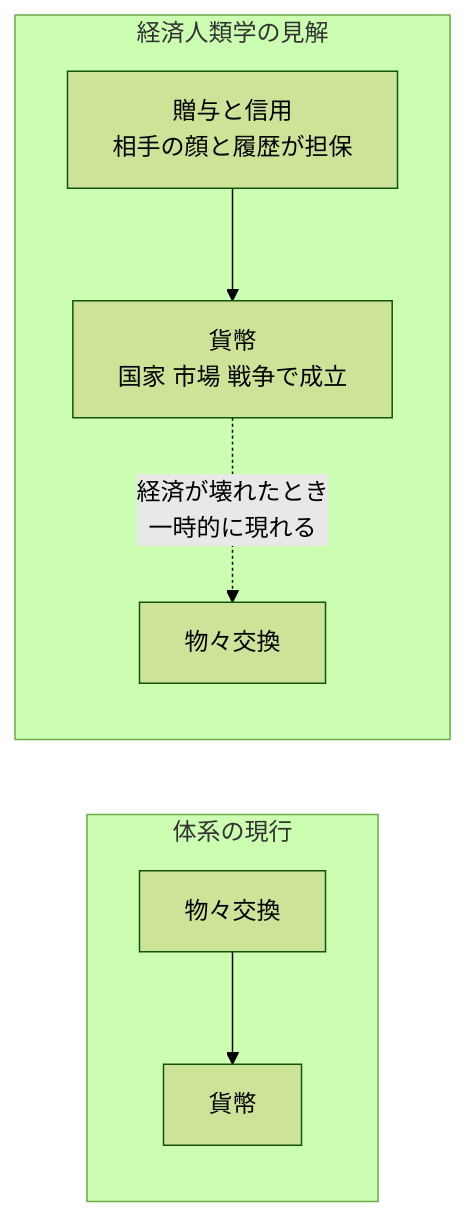
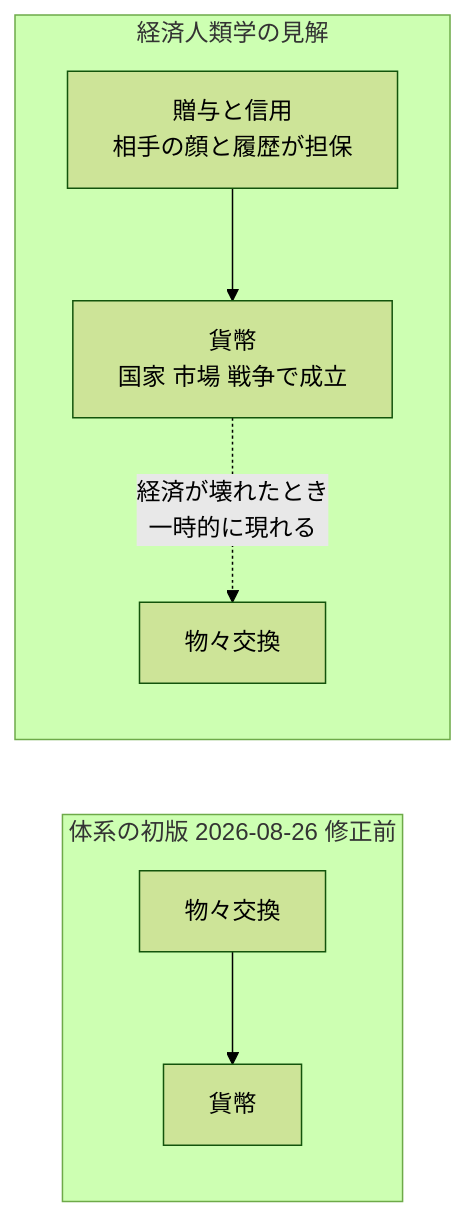
The second of 3 diagrams in docs/specs/income-taxonomy/related-fields.md (akiraak/ai-income-lab), drawn with Mermaid (forest theme) before and after one commit. The commit also changed other lines of this file and 15 other files, not shown here.

````diff
--- a/docs/specs/income-taxonomy/related-fields.md
+++ b/docs/specs/income-taxonomy/related-fields.md
@@ -154,10 +156,10 @@
 ```mermaid
 flowchart LR
-  subgraph NOW["体系の現行"]
+  subgraph NOW["体系の初版 2026-08-26 修正前"]
     N1["物々交換"] --> N2["貨幣"]
   end
   subgraph ANTH["経済人類学の見解"]
     M1["贈与と信用<br/>相手の顔と履歴が担保"] --> M2["貨幣<br/>国家 市場 戦争で成立"]
     M2 -.->|"経済が壊れたとき<br/>一時的に現れる"| M3["物々交換"]
   end
 ```
````
